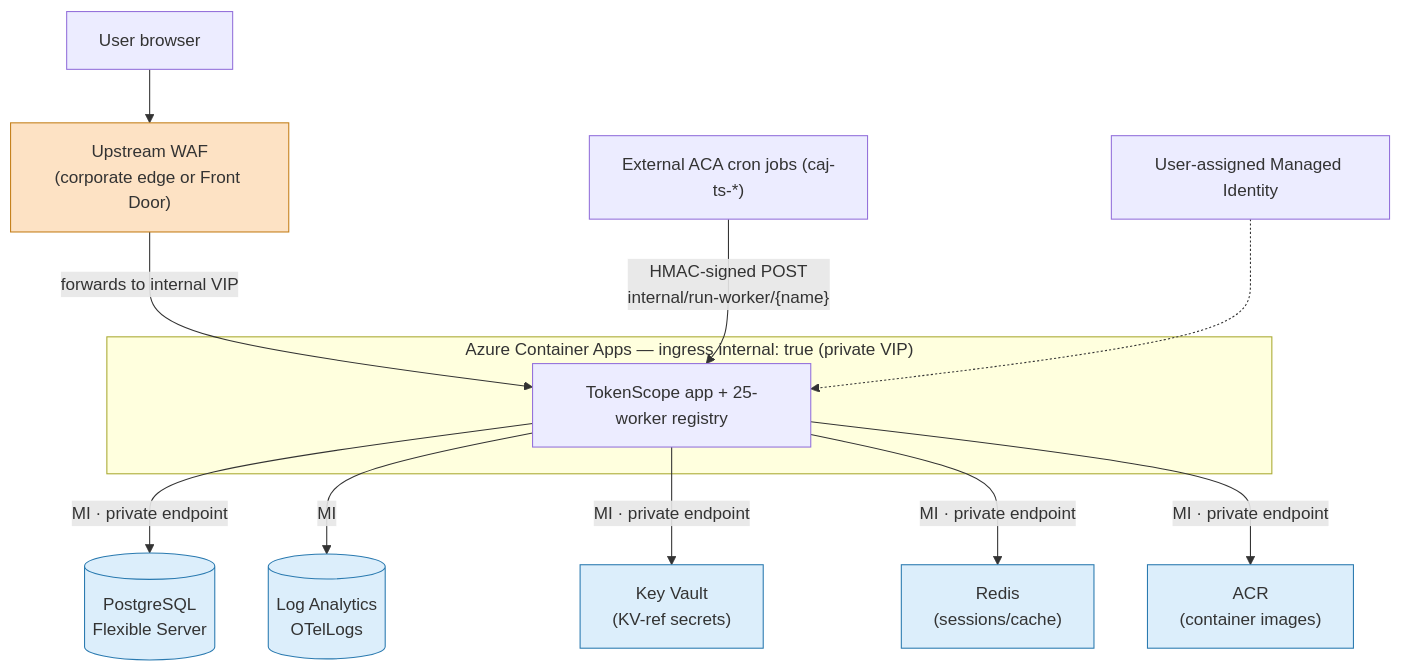
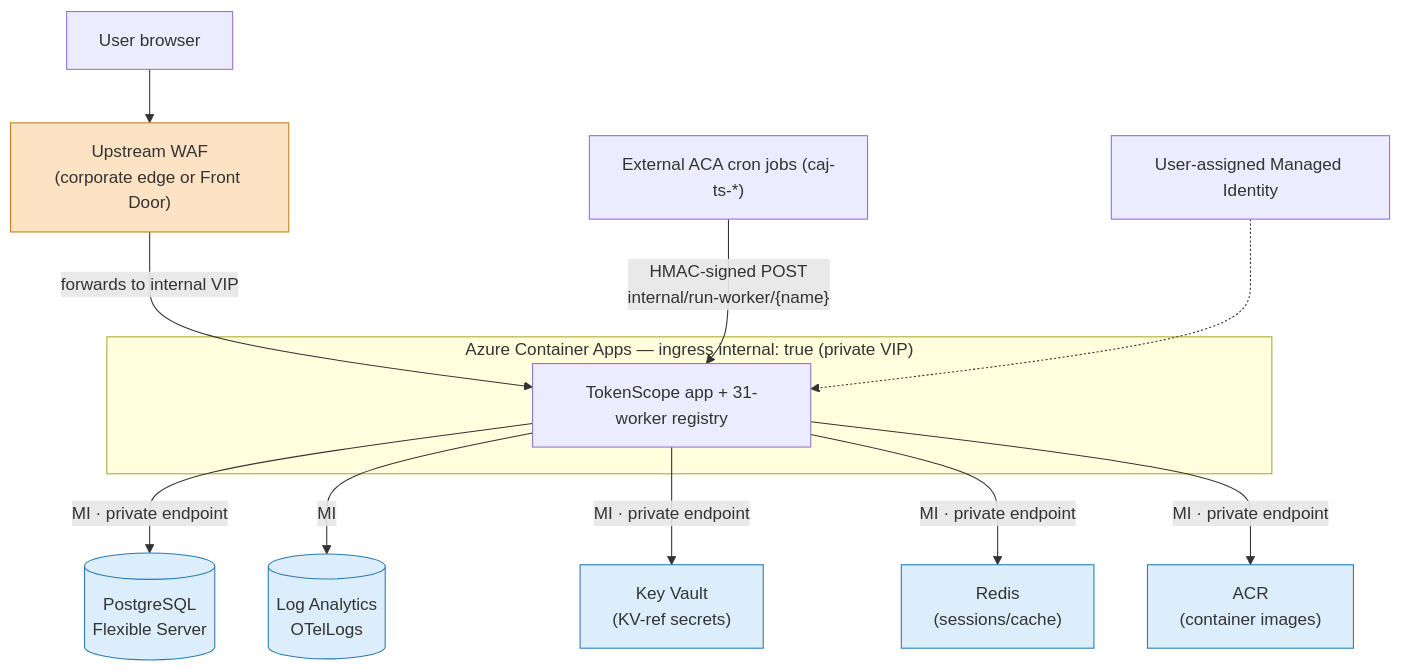
Before and after one commit to Insight-Services-APAC/tokenscope-public: the third of 3 diagrams in docs/wiki/Architecture.md, drawn with Mermaid. The commit also changed other lines of this file and 1060 other files, not shown here.

````diff
--- a/docs/wiki/Architecture.md
+++ b/docs/wiki/Architecture.md
@@ -104,24 +126,24 @@
 ```mermaid
 flowchart TB
     User["User browser"] --> WAF["Upstream WAF<br/>(corporate edge or Front Door)"]
     WAF -->|forwards to internal VIP| TSAPP
 
     subgraph ACA["Azure Container Apps — ingress internal: true (private VIP)"]
-        TSAPP["TokenScope app + 25-worker registry"]
+        TSAPP["TokenScope app + 31-worker registry"]
     end
 
     SCHED["External ACA cron jobs (caj-ts-*)"] -->|"HMAC-signed POST<br/>internal/run-worker/{name}"| TSAPP
 
     TSAPP -->|MI · private endpoint| PG[("PostgreSQL<br/>Flexible Server")]
     TSAPP -->|MI| LAW[("Log Analytics<br/>OTelLogs")]
     TSAPP -->|MI · private endpoint| KV["Key Vault<br/>(KV-ref secrets)"]
     TSAPP -->|MI · private endpoint| REDIS["Redis<br/>(sessions/cache)"]
     TSAPP -->|MI · private endpoint| ACR["ACR<br/>(container images)"]
 
     MI["User-assigned Managed Identity"] -.-> TSAPP
 
     classDef edge fill:#fde2c4,stroke:#c47f1a;
     classDef store fill:#dceefb,stroke:#2a7ab0;
     class WAF edge;
     class PG,LAW,KV,REDIS,ACR store;
 ```
````
